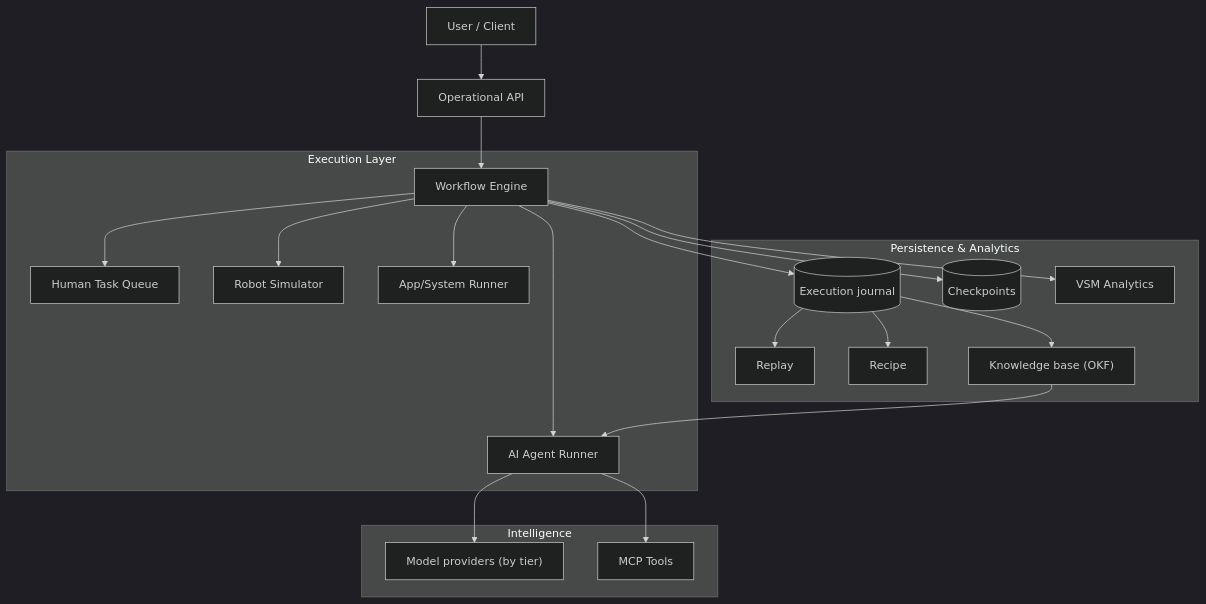
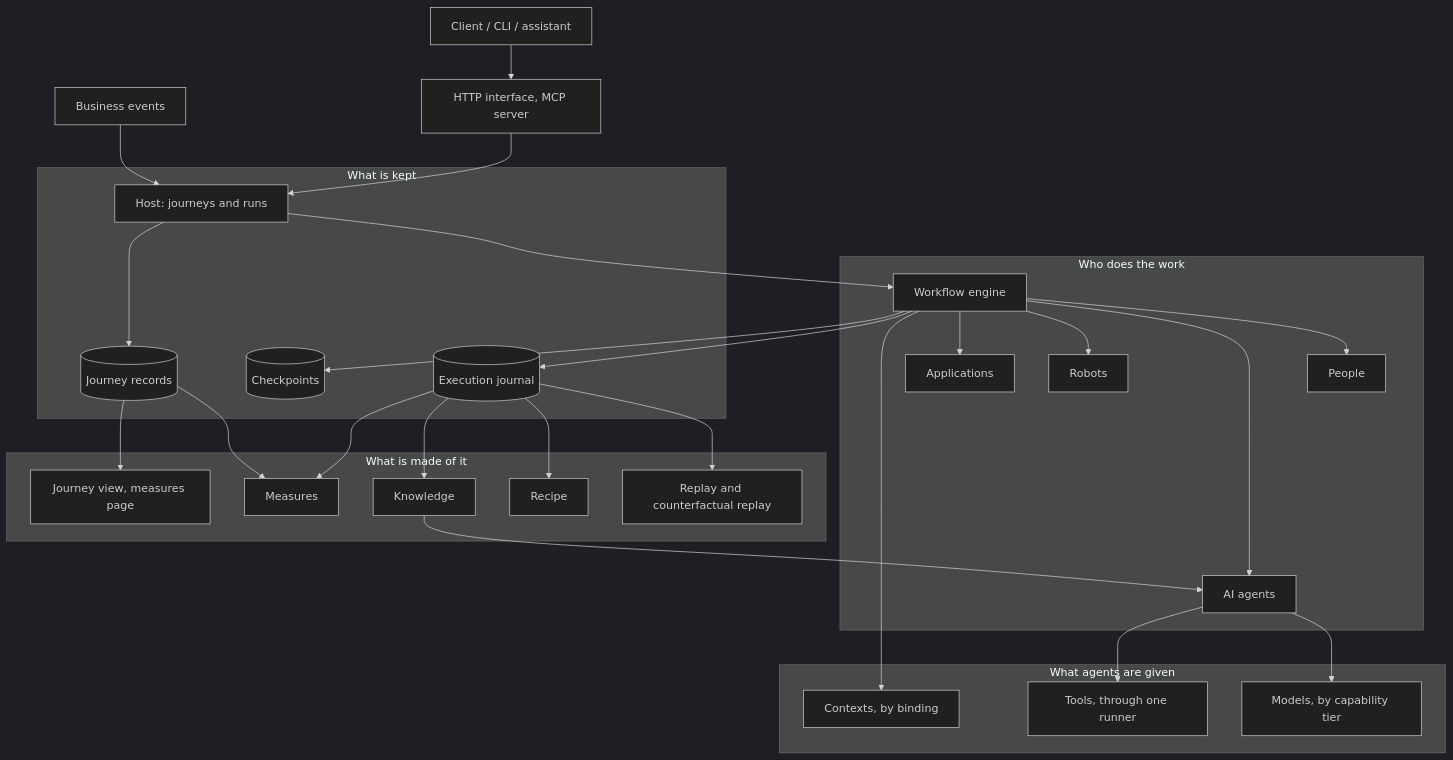
Before and after one commit to yannickhuchard/agentic-workflow-architecture: the diagram in README.md, drawn with Mermaid (dark theme). The commit also changed other lines of this file and 84 other files, not shown here.

````diff
--- a/README.md
+++ b/README.md
@@ -178,27 +182,36 @@
 ```mermaid
 graph TD
-    User["User / Client"] --> API["Operational API"]
-    API --> Engine["Workflow Engine"]
-    
-    subgraph "Execution Layer"
-        Engine --> Human["Human Task Queue"]
-        Engine --> AI["AI Agent Runner"]
-        Engine --> Robot["Robot Simulator"]
-        Engine --> App["App/System Runner"]
+    Events["Business events"] --> Host["Host: journeys and runs"]
+    Client["Client / CLI / assistant"] --> API["HTTP interface, MCP server"]
+    API --> Host
+    Host --> Engine["Workflow engine"]
+
+    subgraph "Who does the work"
+        Engine --> Human["People"]
+        Engine --> AI["AI agents"]
+        Engine --> Robot["Robots"]
+        Engine --> App["Applications"]
     end
-    
-    subgraph "Intelligence"
-        AI --> LLM["Model providers (by tier)"]
-        AI --> Tools["MCP Tools"]
+
+    subgraph "What agents are given"
+        AI --> LLM["Models, by capability tier"]
+        AI --> Tools["Tools, through one runner"]
+        Engine --> Contexts["Contexts, by binding"]
     end
-    
-    subgraph "Persistence & Analytics"
+
+    subgraph "What is kept"
         Engine --> Journal[("Execution journal")]
-        Engine --> DB[("Checkpoints")]
-        Engine --> VSM["VSM Analytics"]
-        Journal --> Replay["Replay"]
+        Host --> Record[("Journey records")]
+        Engine --> State[("Checkpoints")]
+    end
+
+    subgraph "What is made of it"
+        Journal --> Replay["Replay and counterfactual replay"]
         Journal --> Recipe["Recipe"]
-        Journal --> KB["Knowledge base (OKF)"]
+        Journal --> KB["Knowledge"]
+        Journal --> Measures["Measures"]
+        Record --> Measures
+        Record --> Views["Journey view, measures page"]
         KB --> AI
     end
 ```
````
